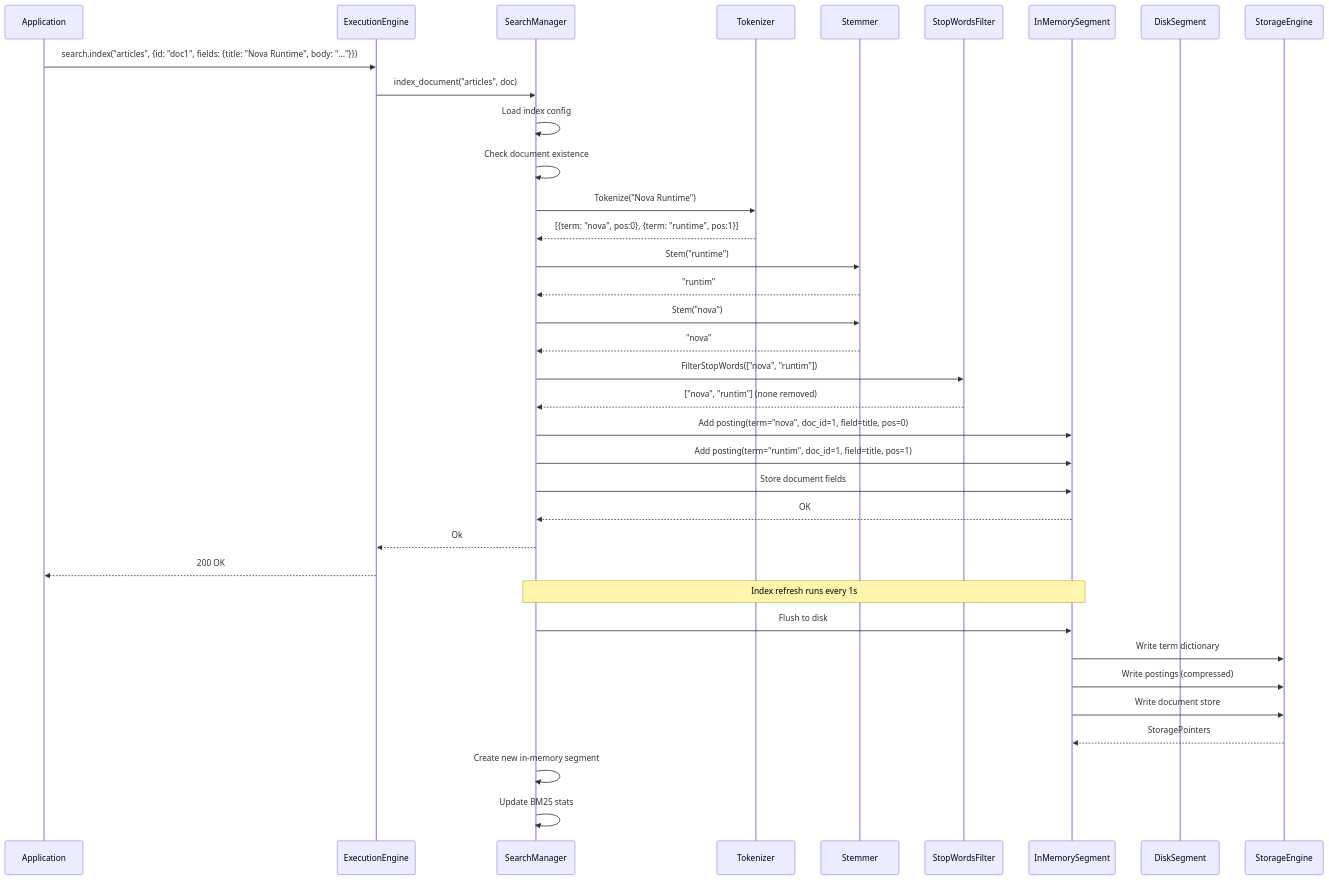
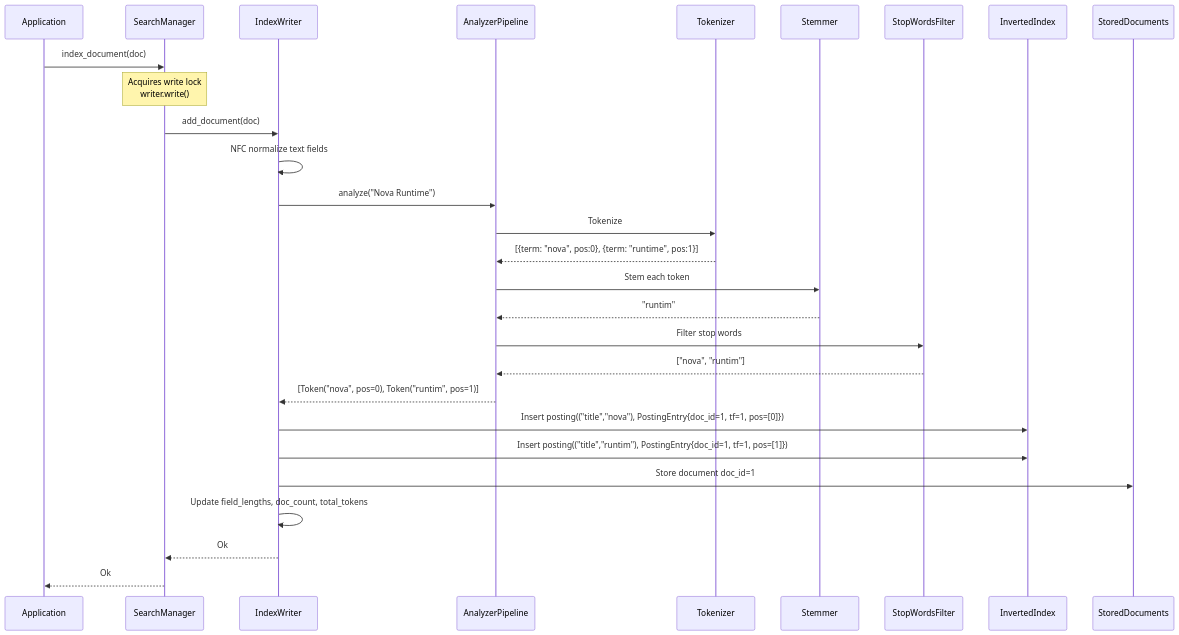
Before and after one commit to Icarus-afk/Nova-Runtime: the fourth of 8 diagrams in docs/19-search.md, drawn with Mermaid. The commit also changed other lines of this file and 7 other files, not shown here.

First line of the commit message:
Update architecture docs to match Phase 3 implementation

````diff
--- a/docs/19-search.md
+++ b/docs/19-search.md
@@ -1574,48 +1279,36 @@
 ```mermaid
 sequenceDiagram
     participant A as Application
-    participant EE as ExecutionEngine
     participant SM as SearchManager
+    participant IW as IndexWriter
+    participant AP as AnalyzerPipeline
     participant TK as Tokenizer
     participant ST as Stemmer
     participant SW as StopWordsFilter
-    participant IMD as InMemorySegment
-    participant DSK as DiskSegment
-    participant SE as StorageEngine
+    participant IX as InvertedIndex
+    participant SD as StoredDocuments
 
-    A->>EE: search.index("articles", {id: "doc1", fields: {title: "Nova Runtime", body: "..."}})
-    EE->>SM: index_document("articles", doc)
+    A->>SM: index_document(doc)
     
-    SM->>SM: Load index config
-    SM->>SM: Check document existence
+    Note over SM: Acquires write lock<br/>writer.write()
     
-    SM->>TK: Tokenize("Nova Runtime")
-    TK-->>SM: [{term: "nova", pos:0}, {term: "runtime", pos:1}]
+    SM->>IW: add_document(doc)
+    IW->>IW: NFC normalize text fields
     
-    SM->>ST: Stem("runtime")
-    ST-->>SM: "runtim"
-    SM->>ST: Stem("nova")
-    ST-->>SM: "nova"
+    IW->>AP: analyze("Nova Runtime")
+    AP->>TK: Tokenize
+    TK-->>AP: [{term: "nova", pos:0}, {term: "runtime", pos:1}]
+    AP->>ST: Stem each token
+    ST-->>AP: "runtim"
+    AP->>SW: Filter stop words
+    SW-->>AP: ["nova", "runtim"]
+    AP-->>IW: [Token("nova", pos=0), Token("runtim", pos=1)]
     
-    SM->>SW: FilterStopWords(["nova", "runtim"])
-    SW-->>SM: ["nova", "runtim"] (none removed)
+    IW->>IX: Insert posting(("title","nova"), PostingEntry{doc_id=1, tf=1, pos=[0]})
+    IW->>IX: Insert posting(("title","runtim"), PostingEntry{doc_id=1, tf=1, pos=[1]})
+    IW->>SD: Store document doc_id=1
+    IW->>IW: Update field_lengths, doc_count, total_tokens
     
-    SM->>IMD: Add posting(term="nova", doc_id=1, field=title, pos=0)
-    SM->>IMD: Add posting(term="runtim", doc_id=1, field=title, pos=1)
-    SM->>IMD: Store document fields
-    IMD-->>SM: OK
-    
-    SM-->>EE: Ok
-    EE-->>A: 200 OK
-    
-    Note over SM,IMD: Index refresh runs every 1s
-    
-    SM->>IMD: Flush to disk
-    IMD->>SE: Write term dictionary
-    IMD->>SE: Write postings (compressed)
-    IMD->>SE: Write document store
-    SE-->>IMD: StoragePointers
-    
-    SM->>SM: Create new in-memory segment
-    SM->>SM: Update BM25 stats
+    IW-->>SM: Ok
+    SM-->>A: Ok
 ```
````
